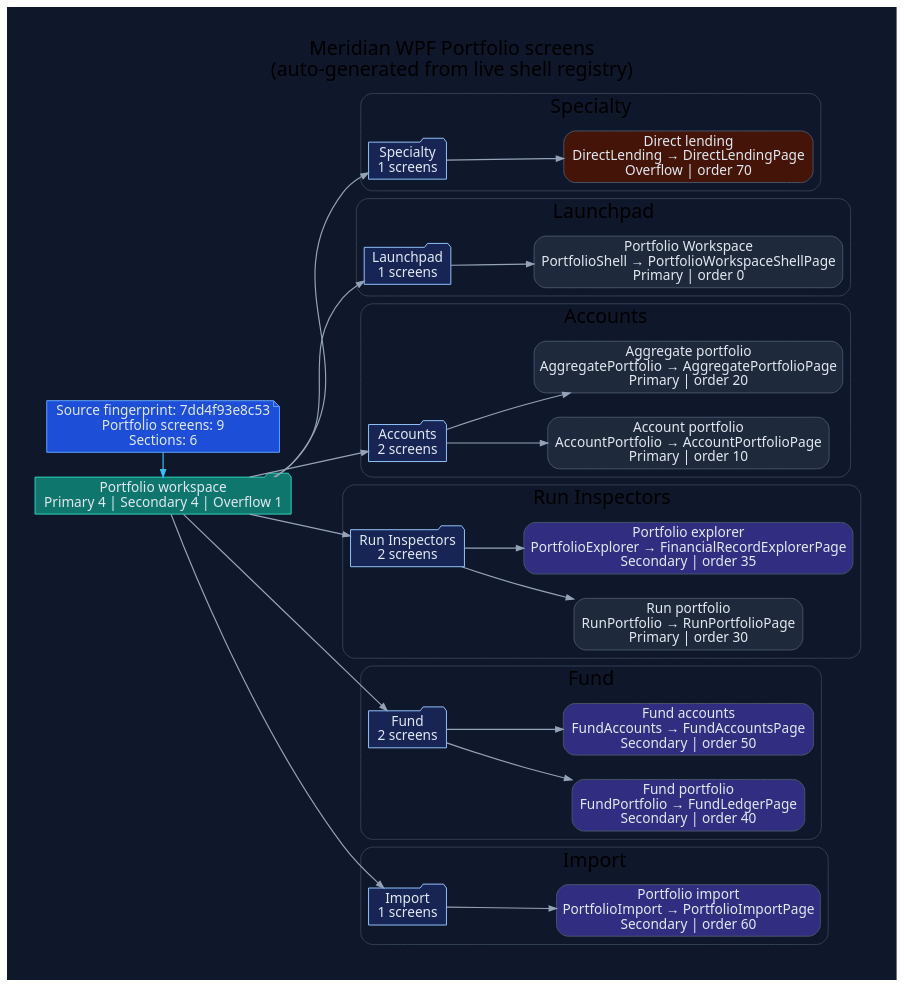
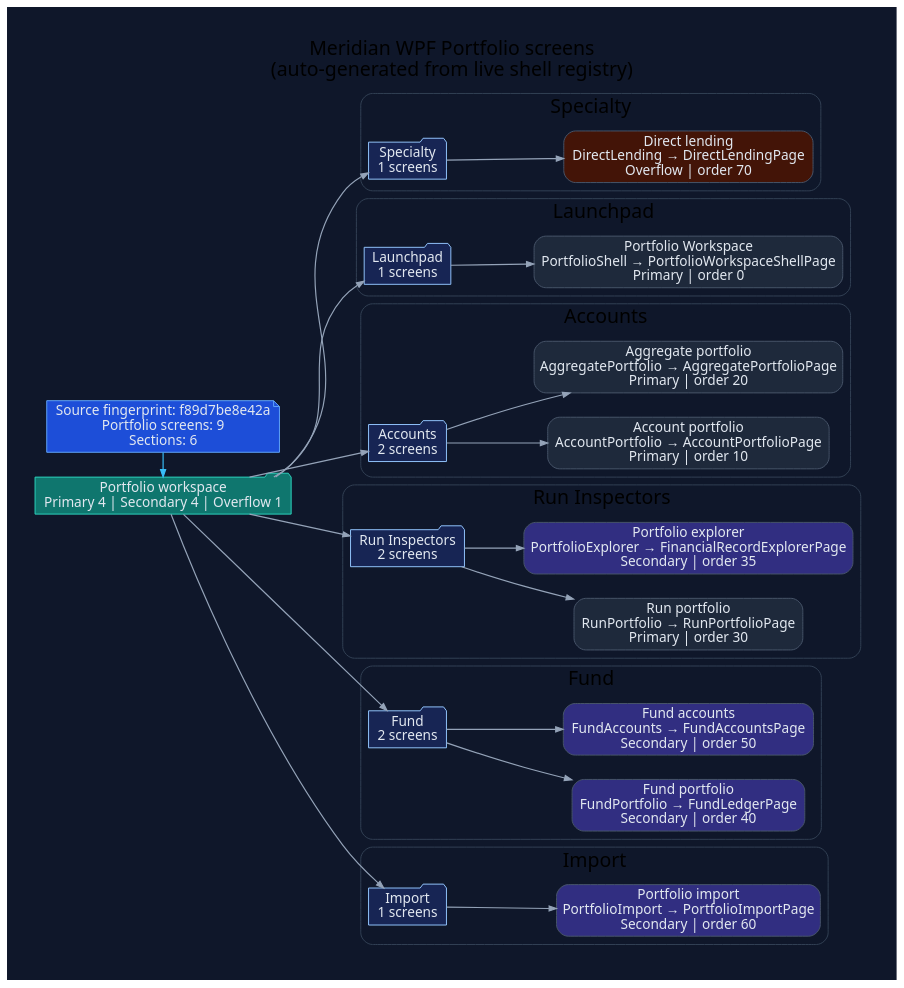
Before and after one commit to rodoHasArrived/Meridian-main: the diagram in docs/diagrams/ui/ui-wpf-screens-portfolio.dot, drawn with Graphviz. The commit also changed 49 other files, not shown here.

```diff
--- a/docs/diagrams/ui/ui-wpf-screens-portfolio.dot
+++ b/docs/diagrams/ui/ui-wpf-screens-portfolio.dot
@@ -1,92 +1,92 @@
 // -----------------------------------------------------------------------------
 // <auto-generated>
 // Generated by scripts/generate-diagrams.mjs.
 // Do not edit this file directly; update the WPF source files instead.
 // -----------------------------------------------------------------------------
 digraph WpfPortfolioScreens {
   graph [
     rankdir=LR,
     labelloc=t,
     label="Meridian WPF Portfolio screens\n(auto-generated from live shell registry)",
     fontname="Segoe UI",
     fontsize=20,
     pad=0.4,
     nodesep=0.35,
     ranksep=0.85,
     bgcolor="#0f172a"
   ];
   node [fontname="Segoe UI", shape=box, style="rounded,filled", color="#475569", fontcolor="#e2e8f0", fillcolor="#1e293b"];
   edge [fontname="Segoe UI", color="#94a3b8", penwidth=1.2, arrowsize=0.75];
 
-  generated [shape=note, fillcolor="#1d4ed8", color="#60a5fa", label="Source fingerprint: 7dd4f93e8c53\nPortfolio screens: 9\nSections: 6"];
+  generated [shape=note, fillcolor="#1d4ed8", color="#60a5fa", label="Source fingerprint: f89d7be8e42a\nPortfolio screens: 9\nSections: 6"];
   workspace [shape=folder, fillcolor="#0f766e", color="#2dd4bf", label="Portfolio workspace\nPrimary 4 | Secondary 4 | Overflow 1"];
   generated -> workspace [color="#38bdf8"];
 
   subgraph cluster_section_1 {
     label="Specialty";
     color="#334155";
     style="rounded";
     section_1 [shape=folder, fillcolor="#172554", color="#93c5fd", label="Specialty\n1 screens"];
     workspace -> section_1;
     screen_DirectLending [fillcolor="#431407", label="Direct lending\nDirectLending → DirectLendingPage\nOverflow | order 70"];
     section_1 -> screen_DirectLending;
   }
 
   subgraph cluster_section_2 {
     label="Launchpad";
     color="#334155";
     style="rounded";
     section_2 [shape=folder, fillcolor="#172554", color="#93c5fd", label="Launchpad\n1 screens"];
     workspace -> section_2;
     screen_PortfolioShell [fillcolor="#1e293b", label="Portfolio Workspace\nPortfolioShell → PortfolioWorkspaceShellPage\nPrimary | order 0"];
     section_2 -> screen_PortfolioShell;
   }
 
   subgraph cluster_section_3 {
     label="Accounts";
     color="#334155";
     style="rounded";
     section_3 [shape=folder, fillcolor="#172554", color="#93c5fd", label="Accounts\n2 screens"];
     workspace -> section_3;
     screen_AccountPortfolio [fillcolor="#1e293b", label="Account portfolio\nAccountPortfolio → AccountPortfolioPage\nPrimary | order 10"];
     section_3 -> screen_AccountPortfolio;
     screen_AggregatePortfolio [fillcolor="#1e293b", label="Aggregate portfolio\nAggregatePortfolio → AggregatePortfolioPage\nPrimary | order 20"];
     section_3 -> screen_AggregatePortfolio;
   }
 
   subgraph cluster_section_4 {
     label="Run Inspectors";
     color="#334155";
     style="rounded";
     section_4 [shape=folder, fillcolor="#172554", color="#93c5fd", label="Run Inspectors\n2 screens"];
     workspace -> section_4;
     screen_RunPortfolio [fillcolor="#1e293b", label="Run portfolio\nRunPortfolio → RunPortfolioPage\nPrimary | order 30"];
     section_4 -> screen_RunPortfolio;
     screen_PortfolioExplorer [fillcolor="#312e81", label="Portfolio explorer\nPortfolioExplorer → FinancialRecordExplorerPage\nSecondary | order 35"];
     section_4 -> screen_PortfolioExplorer;
   }
 
   subgraph cluster_section_5 {
     label="Fund";
     color="#334155";
     style="rounded";
     section_5 [shape=folder, fillcolor="#172554", color="#93c5fd", label="Fund\n2 screens"];
     workspace -> section_5;
     screen_FundPortfolio [fillcolor="#312e81", label="Fund portfolio\nFundPortfolio → FundLedgerPage\nSecondary | order 40"];
     section_5 -> screen_FundPortfolio;
     screen_FundAccounts [fillcolor="#312e81", label="Fund accounts\nFundAccounts → FundAccountsPage\nSecondary | order 50"];
     section_5 -> screen_FundAccounts;
   }
 
   subgraph cluster_section_6 {
     label="Import";
     color="#334155";
     style="rounded";
     section_6 [shape=folder, fillcolor="#172554", color="#93c5fd", label="Import\n1 screens"];
     workspace -> section_6;
     screen_PortfolioImport [fillcolor="#312e81", label="Portfolio import\nPortfolioImport → PortfolioImportPage\nSecondary | order 60"];
     section_6 -> screen_PortfolioImport;
   }
 
   { rank=min; generated; workspace; }
 }
```
